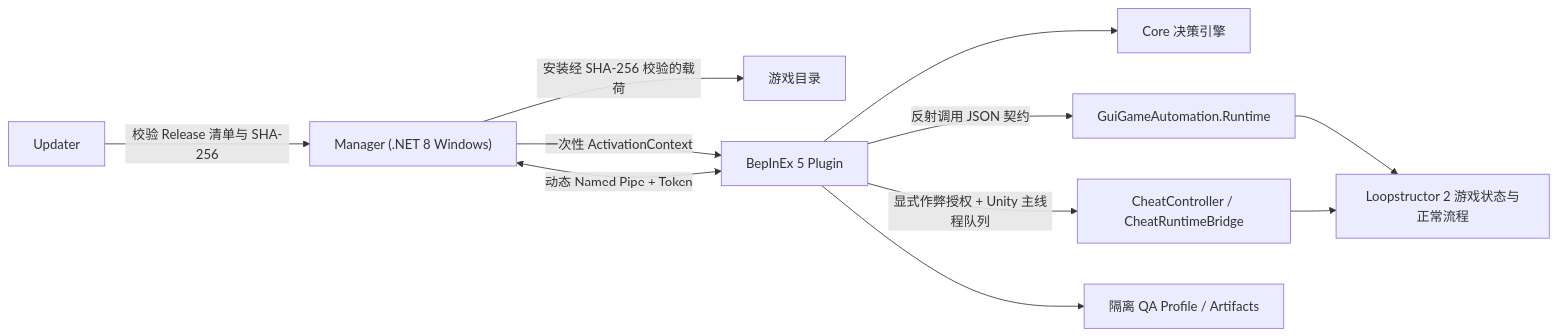
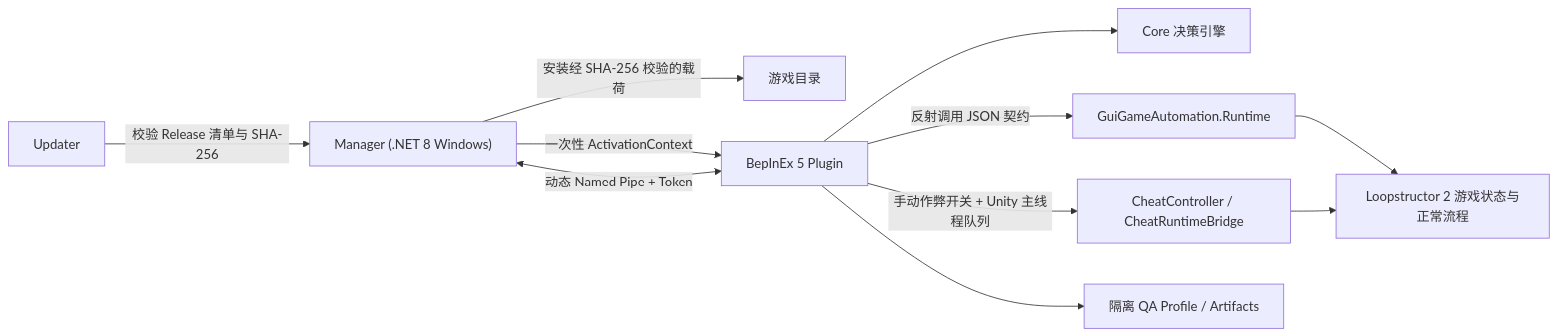
Before and after one commit to yingyu4451/Loopstructor-2-AutoPlayer: the diagram in docs/architecture.md, drawn with Mermaid. The commit also changed other lines of this file and 25 other files, not shown here.

````diff
--- a/docs/architecture.md
+++ b/docs/architecture.md
@@ -9,13 +9,13 @@
 ```mermaid
 flowchart LR
     M["Manager (.NET 8 Windows)"] -->|"安装经 SHA-256 校验的载荷"| G["游戏目录"]
     M -->|"一次性 ActivationContext"| P["BepInEx 5 Plugin"]
     M <-->|"动态 Named Pipe + Token"| P
     P --> C["Core 决策引擎"]
     P -->|"反射调用 JSON 契约"| R["GuiGameAutomation.Runtime"]
     R --> S["Loopstructor 2 游戏状态与正常流程"]
-    P -->|"显式作弊授权 + Unity 主线程队列"| H["CheatController / CheatRuntimeBridge"]
+    P -->|"手动作弊开关 + Unity 主线程队列"| H["CheatController / CheatRuntimeBridge"]
     H --> S
     P --> Q["隔离 QA Profile / Artifacts"]
     U["Updater"] -->|"校验 Release 清单与 SHA-256"| M
 ```
````
